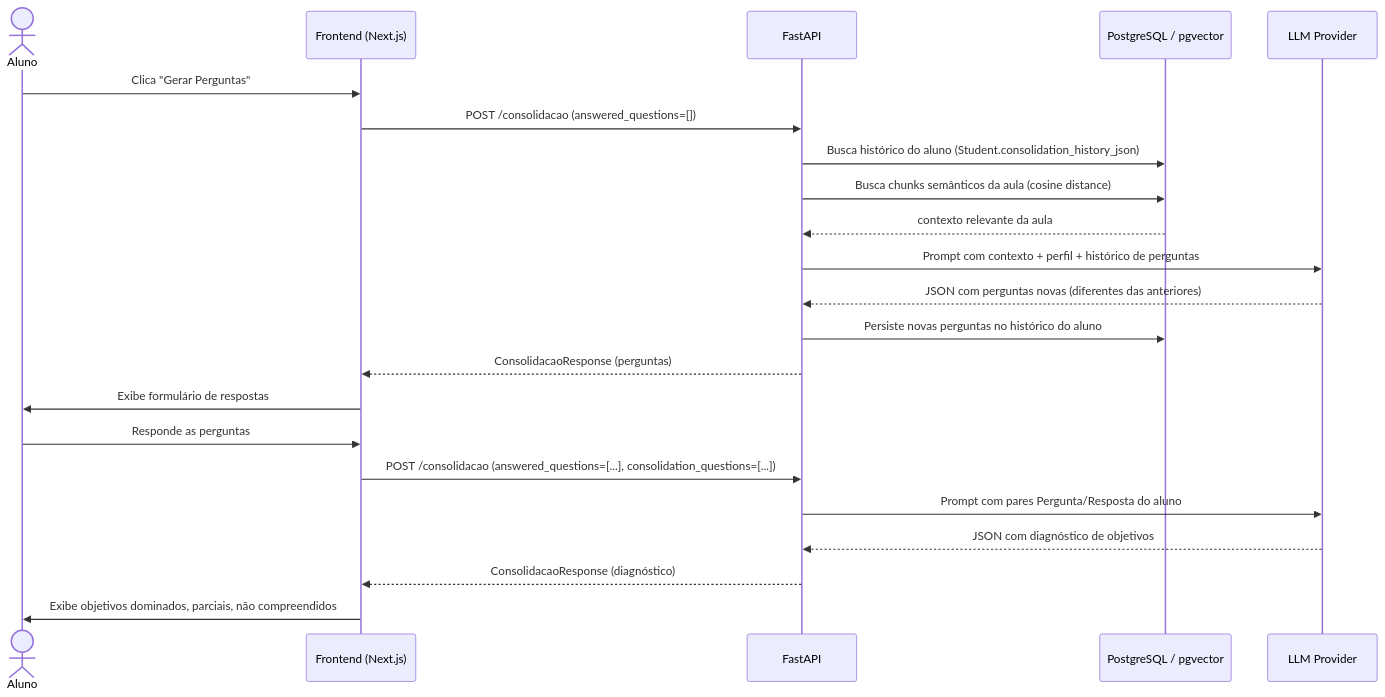
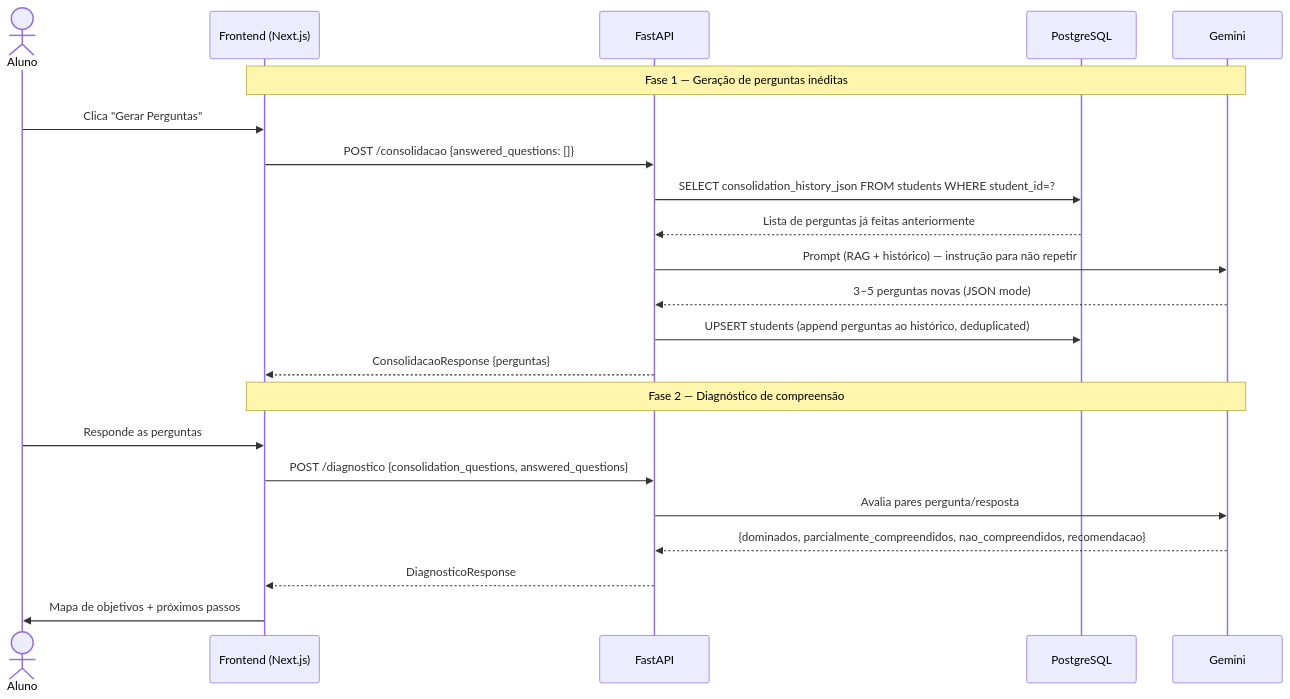
Before and after one commit to nalbcosta/agente-nivelamento-calculo: the fourth of 6 diagrams in docs/architecture.md, drawn with Mermaid. The commit also changed other lines of this file and 4 other files, not shown here.

First line of the commit message:
feat: enhance diagnostic API with new tests and LLM integration

````diff
--- a/docs/architecture.md
+++ b/docs/architecture.md
@@ -26,26 +134,26 @@
 ```mermaid
 sequenceDiagram
     actor Aluno
     participant FE as Frontend (Next.js)
     participant API as FastAPI
-    participant PG as PostgreSQL / pgvector
-    participant LLM as LLM Provider
+    participant DB as PostgreSQL
+    participant LLM as Gemini
 
+    note over FE,LLM: Fase 1 — Geração de perguntas inéditas
     Aluno->>FE: Clica "Gerar Perguntas"
-    FE->>API: POST /consolidacao (answered_questions=[])
-    API->>PG: Busca histórico do aluno (Student.consolidation_history_json)
-    API->>PG: Busca chunks semânticos da aula (cosine distance)
-    PG-->>API: contexto relevante da aula
-    API->>LLM: Prompt com contexto + perfil + histórico de perguntas
-    LLM-->>API: JSON com perguntas novas (diferentes das anteriores)
-    API->>PG: Persiste novas perguntas no histórico do aluno
-    API-->>FE: ConsolidacaoResponse (perguntas)
-    FE->>Aluno: Exibe formulário de respostas
+    FE->>API: POST /consolidacao {answered_questions: []}
+    API->>DB: SELECT consolidation_history_json FROM students WHERE student_id=?
+    DB-->>API: Lista de perguntas já feitas anteriormente
+    API->>LLM: Prompt (RAG + histórico) — instrução para não repetir
+    LLM-->>API: 3–5 perguntas novas (JSON mode)
+    API->>DB: UPSERT students (append perguntas ao histórico, deduplicated)
+    API-->>FE: ConsolidacaoResponse {perguntas}
 
+    note over FE,LLM: Fase 2 — Diagnóstico de compreensão
     Aluno->>FE: Responde as perguntas
-    FE->>API: POST /consolidacao (answered_questions=[...], consolidation_questions=[...])
-    API->>LLM: Prompt com pares Pergunta/Resposta do aluno
-    LLM-->>API: JSON com diagnóstico de objetivos
-    API-->>FE: ConsolidacaoResponse (diagnóstico)
-    FE->>Aluno: Exibe objetivos dominados, parciais, não compreendidos
+    FE->>API: POST /diagnostico {consolidation_questions, answered_questions}
+    API->>LLM: Avalia pares pergunta/resposta
+    LLM-->>API: {dominados, parcialmente_compreendidos, nao_compreendidos, recomendacao}
+    API-->>FE: DiagnosticoResponse
+    FE->>Aluno: Mapa de objetivos + próximos passos
 ```
````
